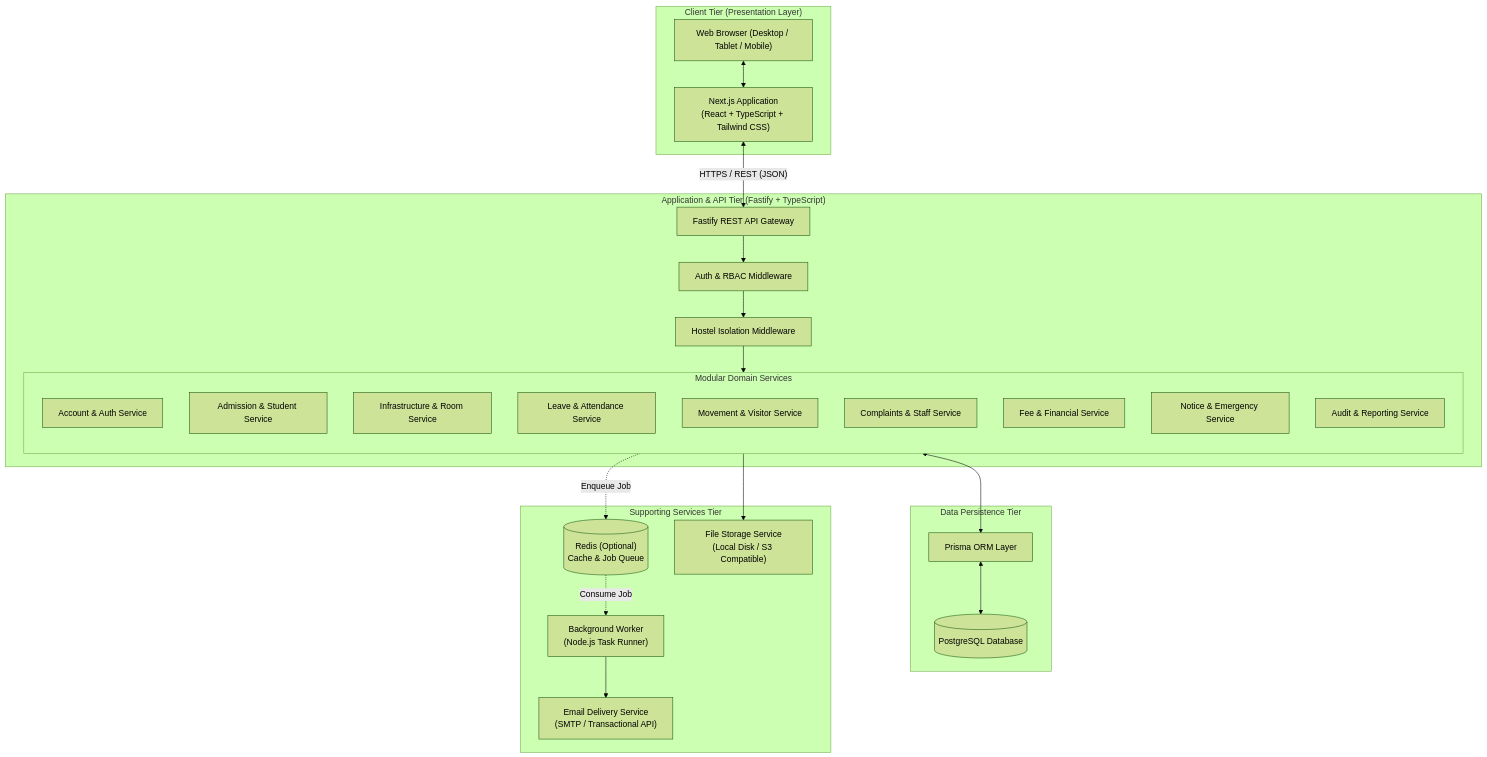
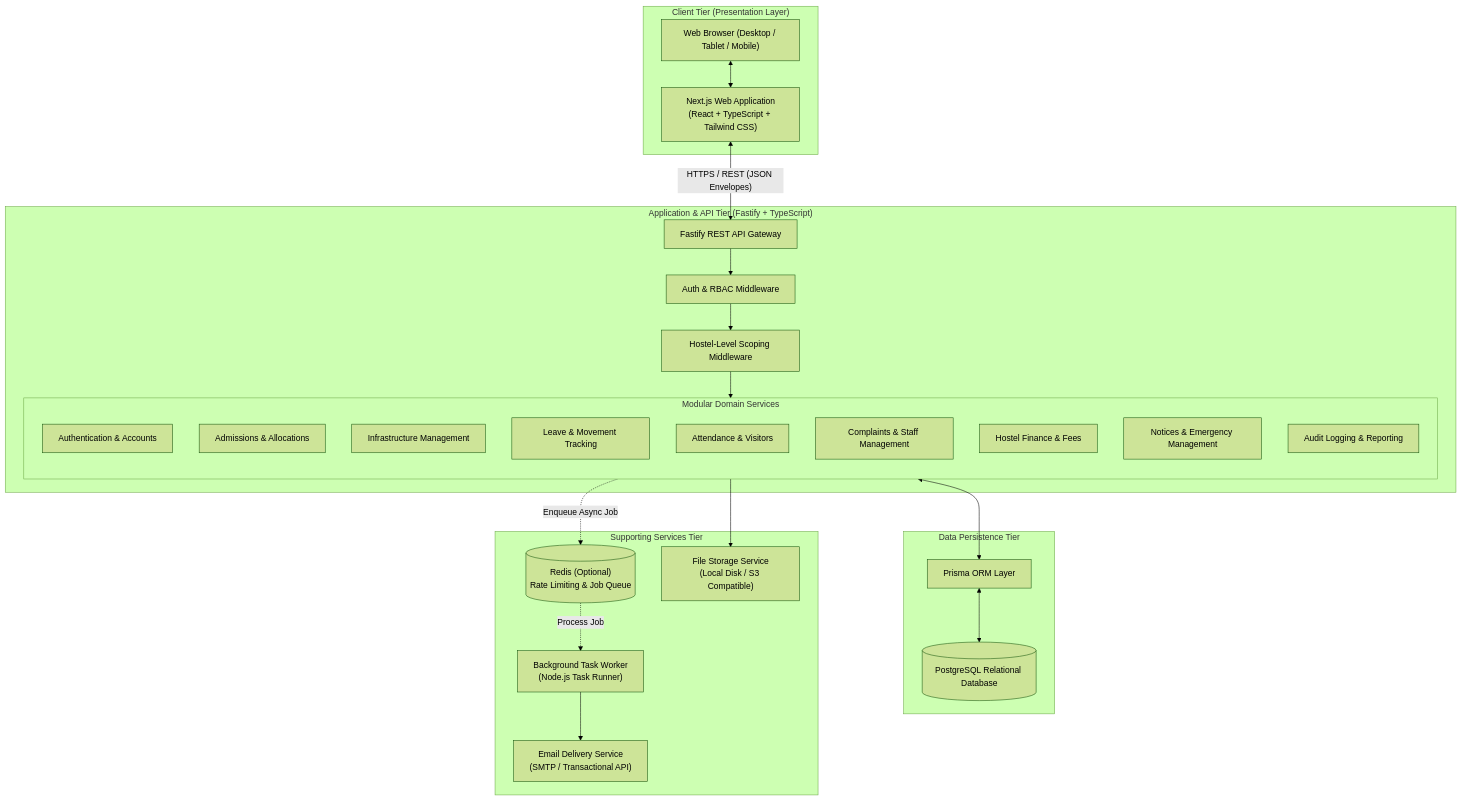
The first of 5 diagrams in docs/06-system-architecture.md (Sayam09das/Nestora), drawn with Mermaid (forest theme) before and after one commit. The commit also changed other lines of this file, not shown here.

Commit message:
docs: update system architecture specification with 3-tier model and architecture diagrams

````diff
--- a/docs/06-system-architecture.md
+++ b/docs/06-system-architecture.md
@@ -476,51 +62,51 @@
 ```mermaid
 flowchart TD
   subgraph ClientTier["Client Tier (Presentation Layer)"]
     Browser["Web Browser (Desktop / Tablet / Mobile)"]
-    NextApp["Next.js Application\n(React + TypeScript + Tailwind CSS)"]
+    NextApp["Next.js Web Application\n(React + TypeScript + Tailwind CSS)"]
     Browser <--> NextApp
   end
 
   subgraph APITier["Application & API Tier (Fastify + TypeScript)"]
     APIServer["Fastify REST API Gateway"]
     AuthMiddleware["Auth & RBAC Middleware"]
-    TenantMiddleware["Hostel Isolation Middleware"]
+    TenantMiddleware["Hostel-Level Scoping Middleware"]
     
     subgraph BusinessModules["Modular Domain Services"]
       direction TB
-      M1["Account & Auth Service"]
-      M2["Admission & Student Service"]
-      M3["Infrastructure & Room Service"]
-      M4["Leave & Attendance Service"]
-      M5["Movement & Visitor Service"]
-      M6["Complaints & Staff Service"]
-      M7["Fee & Financial Service"]
-      M8["Notice & Emergency Service"]
-      M9["Audit & Reporting Service"]
+      M1["Authentication & Accounts"]
+      M2["Admissions & Allocations"]
+      M3["Infrastructure Management"]
+      M4["Leave & Movement Tracking"]
+      M5["Attendance & Visitors"]
+      M6["Complaints & Staff Management"]
+      M7["Hostel Finance & Fees"]
+      M8["Notices & Emergency Management"]
+      M9["Audit Logging & Reporting"]
     end
     
     APIServer --> AuthMiddleware
     AuthMiddleware --> TenantMiddleware
     TenantMiddleware --> BusinessModules
   end
 
   subgraph DataTier["Data Persistence Tier"]
-    Prisma["Prisma ORM Layer"]
-    Postgres[("PostgreSQL Database")]
-    Prisma <--> Postgres
+    PrismaORM["Prisma ORM Layer"]
+    PostgresDB[("PostgreSQL Relational Database")]
+    PrismaORM <--> PostgresDB
   end
 
-  subgraph AsyncTier["Supporting Services Tier"]
-    Worker["Background Worker\n(Node.js Task Runner)"]
-    RedisStore[("Redis (Optional)\nCache & Job Queue")]
-    EmailService["Email Delivery Service\n(SMTP / Transactional API)"]
-    FileStore["File Storage Service\n(Local Disk / S3 Compatible)"]
+  subgraph SupportingTier["Supporting Services Tier"]
+    TaskWorker["Background Task Worker\n(Node.js Task Runner)"]
+    RedisCache[("Redis (Optional)\nRate Limiting & Job Queue")]
+    MailService["Email Delivery Service\n(SMTP / Transactional API)"]
+    FileStorage["File Storage Service\n(Local Disk / S3 Compatible)"]
   end
 
-  NextApp <-->|"HTTPS / REST (JSON)"| APIServer
-  BusinessModules <--> Prisma
-  BusinessModules -.->|"Enqueue Job"| RedisStore
-  RedisStore -.->|"Consume Job"| Worker
-  Worker --> EmailService
-  BusinessModules --> FileStore
+  NextApp <-->|"HTTPS / REST (JSON Envelopes)"| APIServer
+  BusinessModules <--> PrismaORM
+  BusinessModules -.->|"Enqueue Async Job"| RedisCache
+  RedisCache -.->|"Process Job"| TaskWorker
+  TaskWorker --> MailService
+  BusinessModules --> FileStorage
 ```
````
